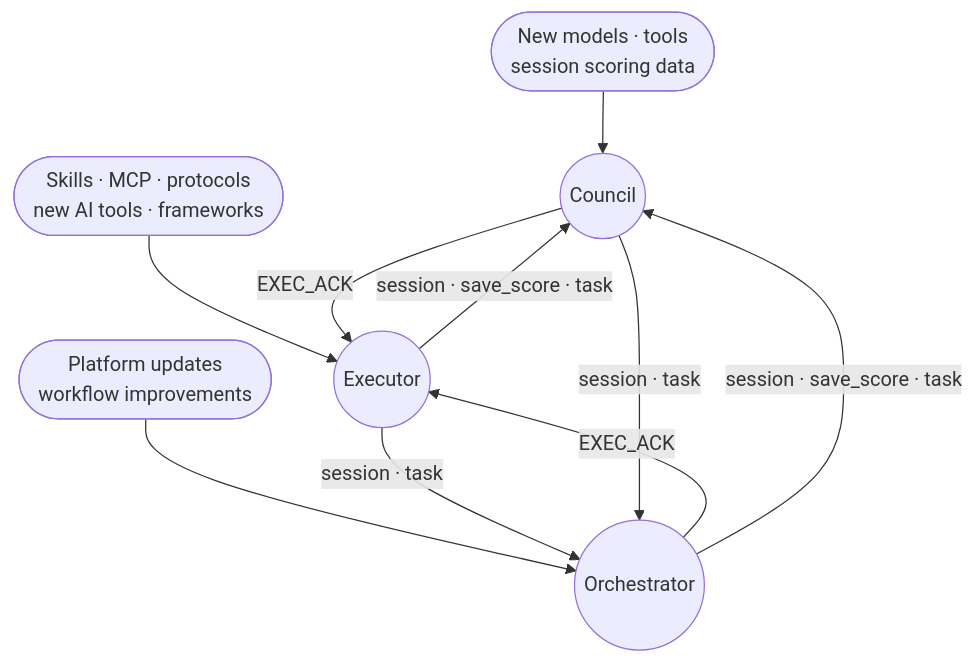
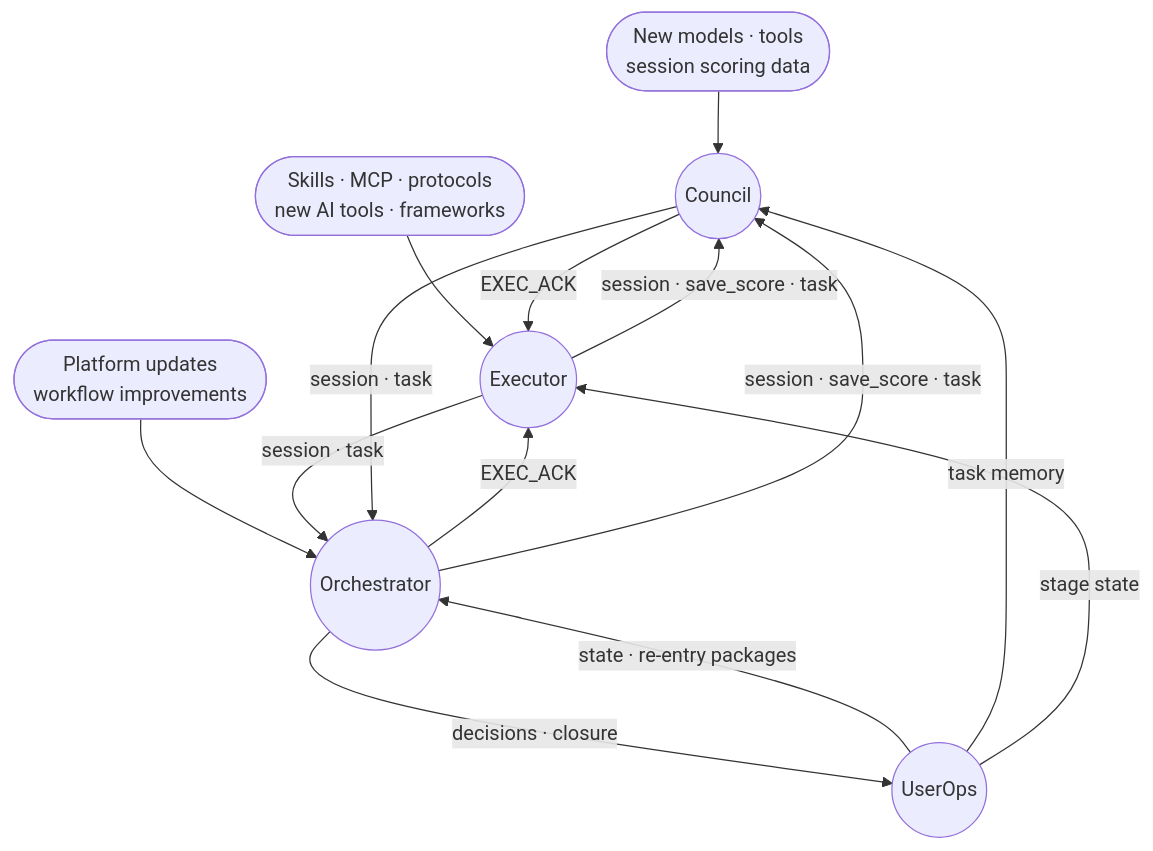
Before and after one commit to desxyx/helm-ai-orchestration-workbench: the second of 2 diagrams in README.md, drawn with Mermaid. The commit also changed other lines of this file and 31 other files, not shown here.

````diff
--- a/README.md
+++ b/README.md
@@ -56,21 +61,26 @@
 ```mermaid
 flowchart TB
     AbsC(["New models · tools\nsession scoring data"])
     AbsD(["Platform updates\nworkflow improvements"])
     AbsE(["Skills · MCP · protocols\nnew AI tools · frameworks"])
 
     Council(("Council"))
     Orchestrator(("Orchestrator"))
     Executor(("Executor"))
+    Ops(("UserOps"))
 
     AbsC --> Council
     AbsD --> Orchestrator
     AbsE --> Executor
 
     Council -->|"EXEC_ACK"| Executor
     Orchestrator -->|"EXEC_ACK"| Executor
+    Orchestrator -->|"decisions · closure"| Ops
+    Ops -->|"state · re-entry packages"| Orchestrator
+    Ops -->|"task memory"| Council
+    Ops -->|"stage state"| Executor
     Executor -->|"session · save_score · task"| Council
     Orchestrator -->|"session · save_score · task"| Council
     Executor -->|"session · task"| Orchestrator
     Council -->|"session · task"| Orchestrator
 ```
````
